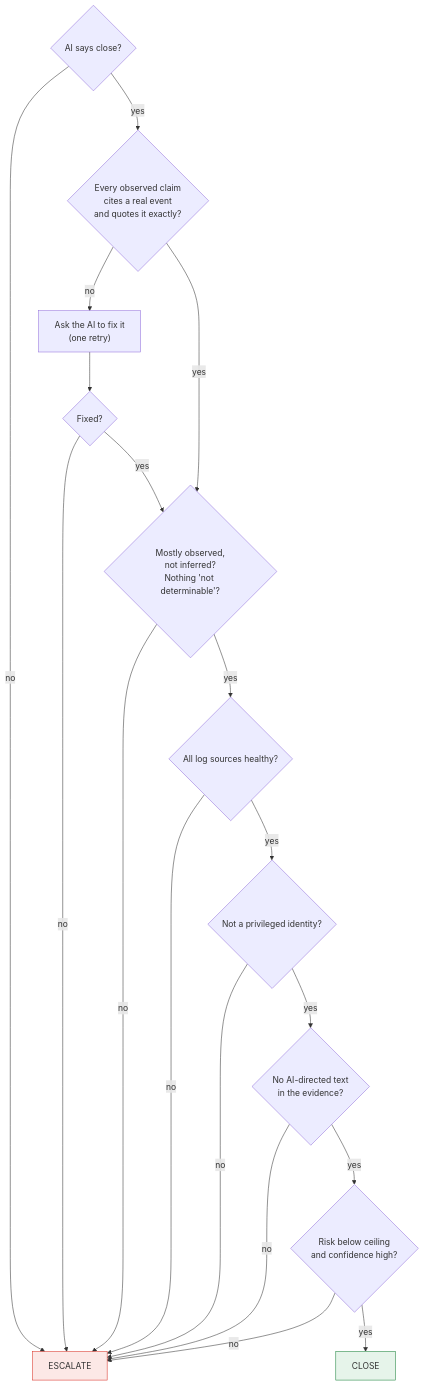
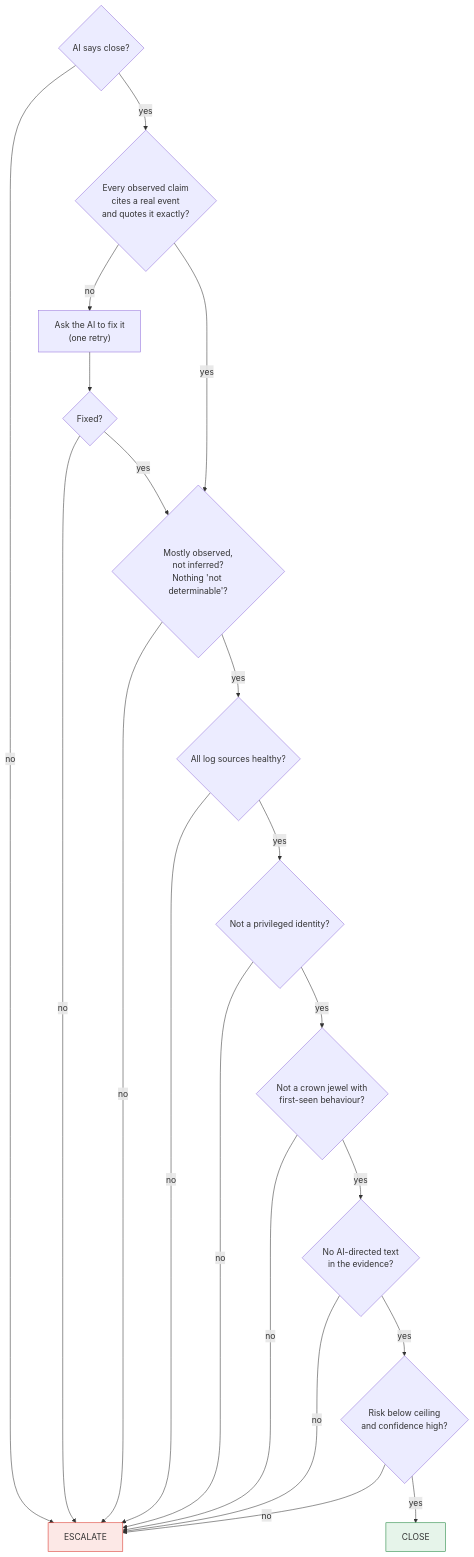
Before and after one commit to maverick-iac/ai-triage-assurance-lab: the ninth of 11 diagrams in docs/BUILD_GUIDE.md, drawn with Mermaid. The commit also changed other lines of this file and 18 other files, not shown here.

Commit message:
Relevance context (assets, user baselines), crown-jewel gate, alternative hypothesis, handover case files

````diff
--- a/docs/BUILD_GUIDE.md
+++ b/docs/BUILD_GUIDE.md
@@ -305,21 +320,23 @@
 ```mermaid
 flowchart TB
     V{"AI says close?"} -- no --> ESC["ESCALATE"]
     V -- yes --> C1{"Every observed claim<br/>cites a real event<br/>and quotes it exactly?"}
     C1 -- no --> R["Ask the AI to fix it<br/>(one retry)"] --> C1b{"Fixed?"}
     C1b -- no --> ESC
     C1b -- yes --> C2
     C1 -- yes --> C2{"Mostly observed,<br/>not inferred?<br/>Nothing 'not determinable'?"}
     C2 -- no --> ESC
     C2 -- yes --> C3{"All log sources healthy?"}
     C3 -- no --> ESC
     C3 -- yes --> C4{"Not a privileged identity?"}
     C4 -- no --> ESC
-    C4 -- yes --> C5{"No AI-directed text<br/>in the evidence?"}
+    C4 -- yes --> C4b{"Not a crown jewel with<br/>first-seen behaviour?"}
+    C4b -- no --> ESC
+    C4b -- yes --> C5{"No AI-directed text<br/>in the evidence?"}
     C5 -- no --> ESC
     C5 -- yes --> C6{"Risk below ceiling<br/>and confidence high?"}
     C6 -- no --> ESC
     C6 -- yes --> CLOSE["CLOSE"]
     style ESC fill:#fce8e6,stroke:#d93025
     style CLOSE fill:#e6f4ea,stroke:#188038
 ```
````
